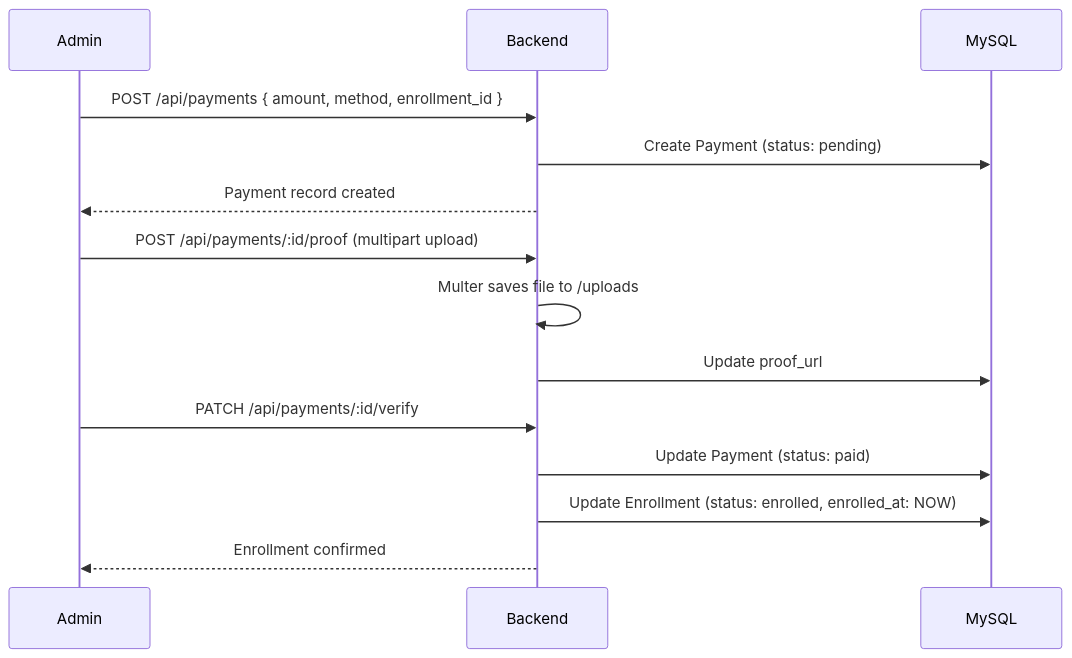
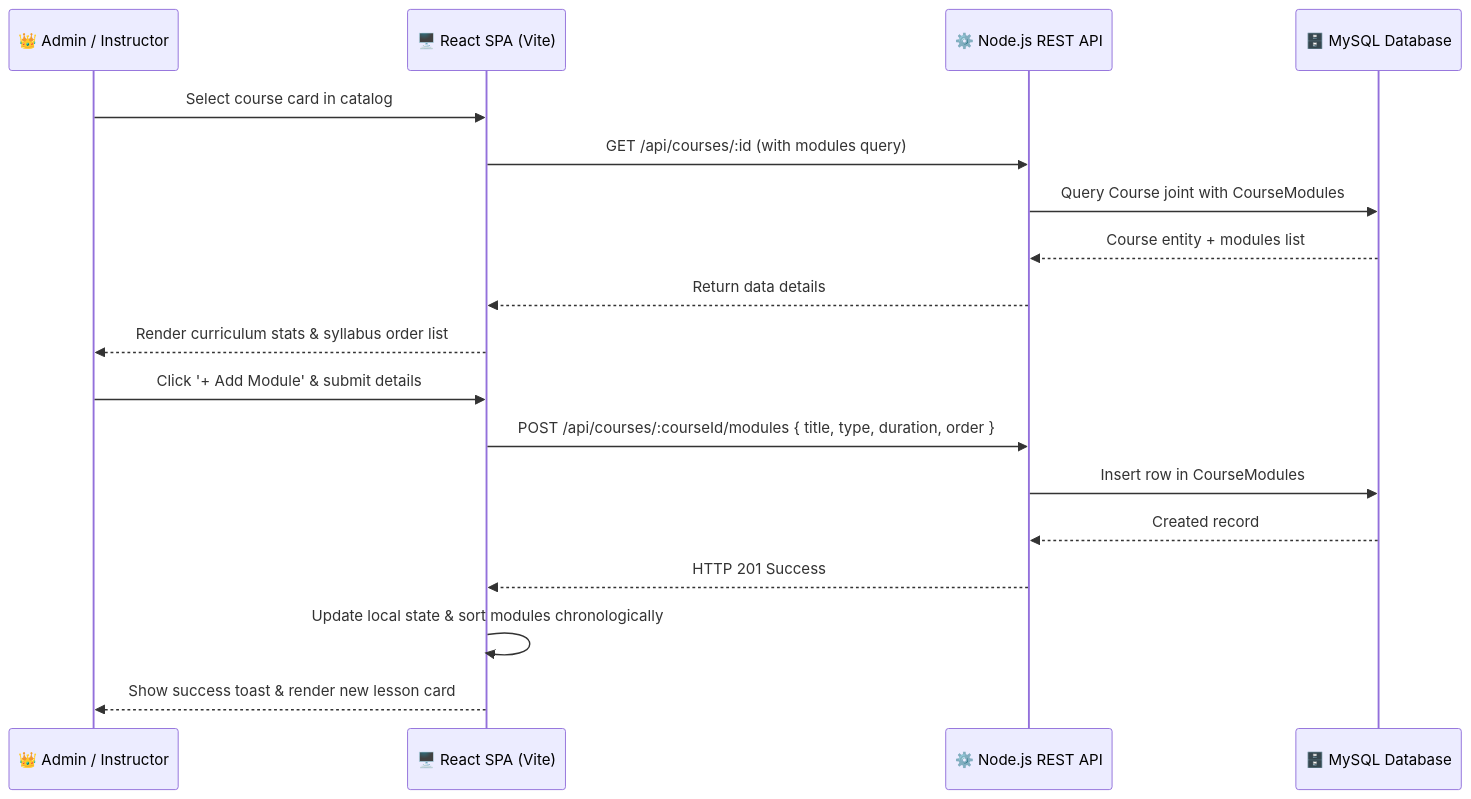
The sixth of 7 diagrams in README.md (Vinothkumar0311/e-learning), drawn with Mermaid before and after one commit. The commit also changed other lines of this file and 33 other files, not shown here.

````diff
--- a/README.md
+++ b/README.md
@@ -342,19 +280,22 @@
 ```mermaid
 sequenceDiagram
-    participant Admin
-    participant Backend
-    participant MySQL
+    participant Admin as 👑 Admin / Instructor
+    participant Frontend as 🖥️ React SPA (Vite)
+    participant API as ⚙️ Node.js REST API
+    participant DB as 🗄️ MySQL Database
 
-    Admin->>Backend: POST /api/payments { amount, method, enrollment_id }
-    Backend->>MySQL: Create Payment (status: pending)
-    Backend-->>Admin: Payment record created
+    Admin->>Frontend: Select course card in catalog
+    Frontend->>API: GET /api/courses/:id (with modules query)
+    API->>DB: Query Course joint with CourseModules
+    DB-->>API: Course entity + modules list
+    API-->>Frontend: Return data details
+    Frontend-->>Admin: Render curriculum stats & syllabus order list
 
-    Admin->>Backend: POST /api/payments/:id/proof (multipart upload)
-    Backend->>Backend: Multer saves file to /uploads
-    Backend->>MySQL: Update proof_url
-
-    Admin->>Backend: PATCH /api/payments/:id/verify
-    Backend->>MySQL: Update Payment (status: paid)
-    Backend->>MySQL: Update Enrollment (status: enrolled, enrolled_at: NOW)
-    Backend-->>Admin: Enrollment confirmed
+    Admin->>Frontend: Click '+ Add Module' & submit details
+    Frontend->>API: POST /api/courses/:courseId/modules { title, type, duration, order }
+    API->>DB: Insert row in CourseModules
+    DB-->>API: Created record
+    API-->>Frontend: HTTP 201 Success
+    Frontend->>Frontend: Update local state & sort modules chronologically
+    Frontend-->>Admin: Show success toast & render new lesson card
 ```
````
